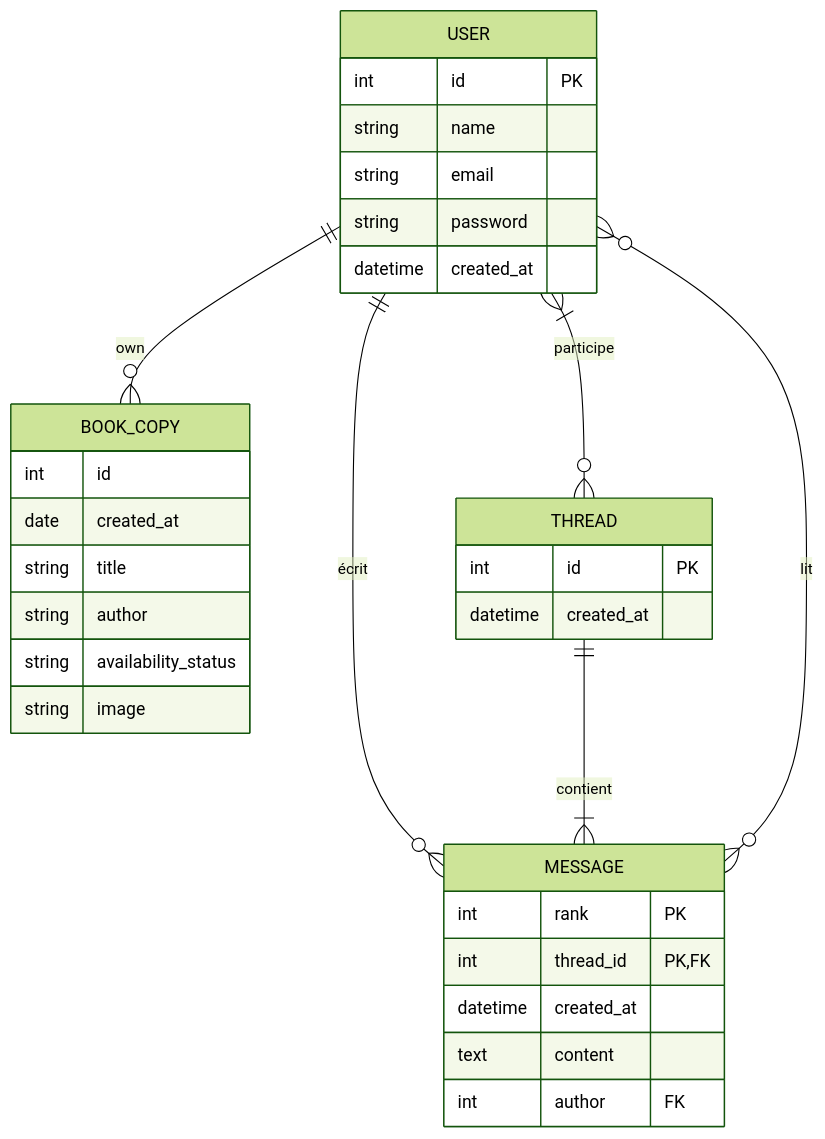
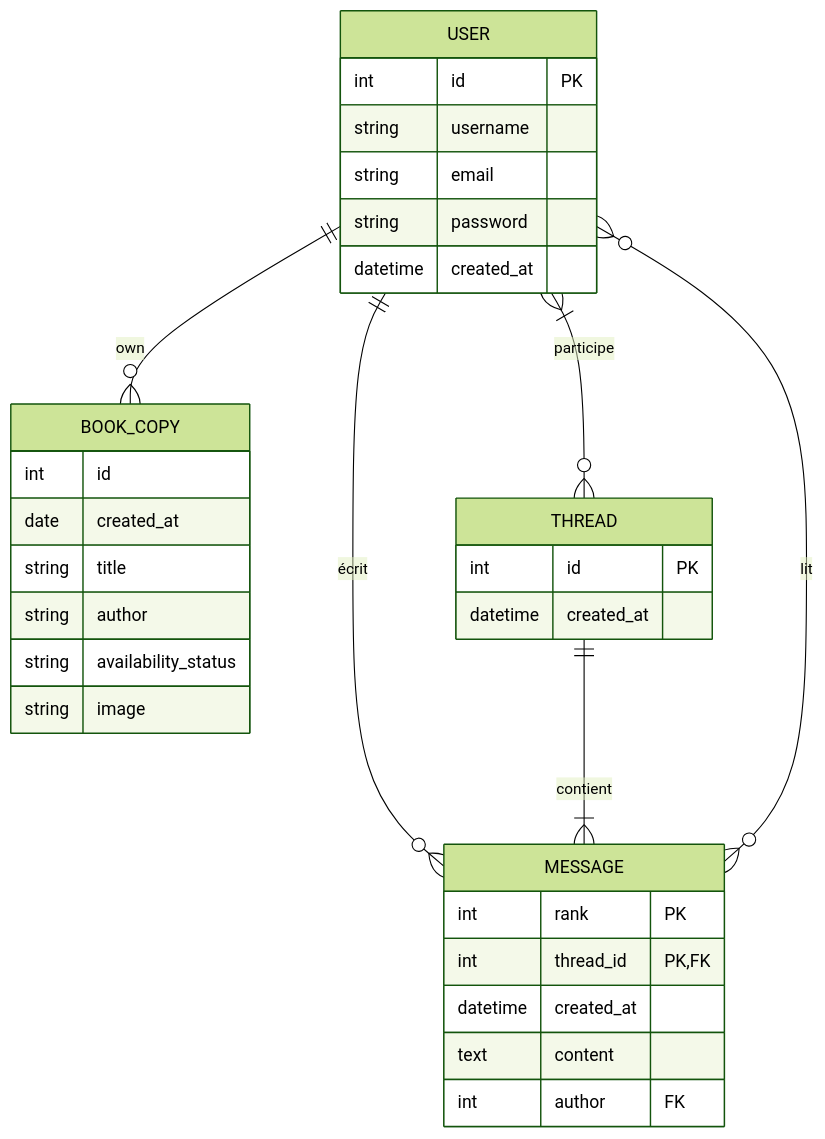
The diagram in readme.md (Vivien60/Formation_OC_Symfony_P6_TomTroc), drawn with Mermaid (forest theme) before and after one commit. The commit also changed 4 other files, not shown here.

````diff
--- a/readme.md
+++ b/readme.md
@@ -3,39 +3,39 @@
 ```mermaid
 erDiagram
     direction TB
     BOOK_COPY {
         int id  ""  
         date created_at  ""  
         string title  ""  
         string author  ""  
         string availability_status  ""  
         string image  ""  
     }
 
     USER {
         int id PK
-        string name
+        string username
         string email
         string password
         datetime created_at
     }
 
     THREAD {
         int id PK
         datetime created_at
     }
 
     MESSAGE {
         int rank PK
         int thread_id PK,FK
         datetime created_at
         text content
         int author FK
     }
 
     USER ||--o{ MESSAGE : "écrit"
     THREAD ||--|{ MESSAGE : "contient"
     USER }|--o{ THREAD : "participe"
     USER }o--o{ MESSAGE : "lit"
     USER||--o{BOOK_COPY:"own"
 ```
````
